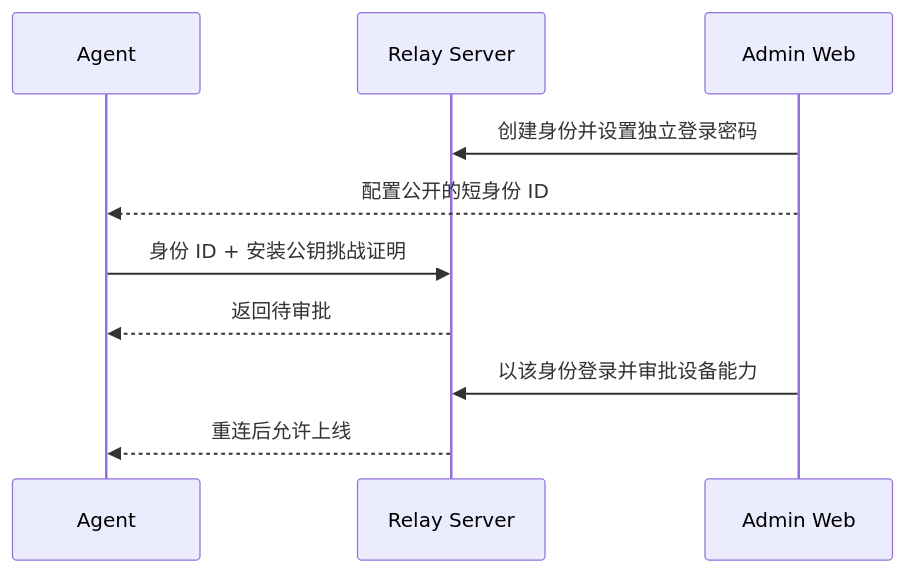
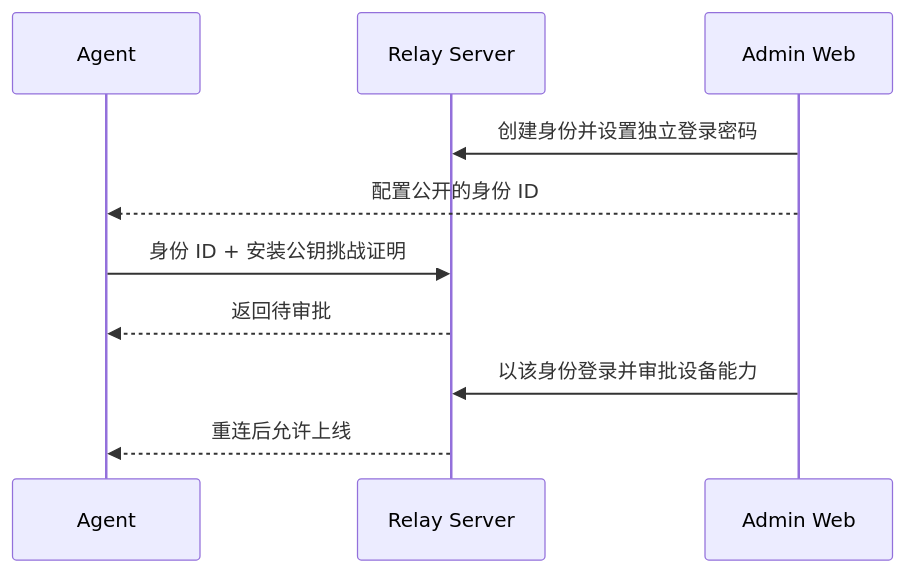
Before and after one commit to timwai/RelayProxy: the third of 9 diagrams in README.md, drawn with Mermaid. The commit also changed other lines of this file and 22 other files, not shown here.

````diff
--- a/README.md
+++ b/README.md
@@ -76,13 +76,13 @@
 ```mermaid
 sequenceDiagram
     participant A as Agent
     participant S as Relay Server
     participant W as Admin Web
 
     W->>S: 创建身份并设置独立登录密码
-    W-->>A: 配置公开的短身份 ID
+    W-->>A: 配置公开的身份 ID
     A->>S: 身份 ID + 安装公钥挑战证明
     S-->>A: 返回待审批
     W->>S: 以该身份登录并审批设备能力
     S-->>A: 重连后允许上线
 ```
````
